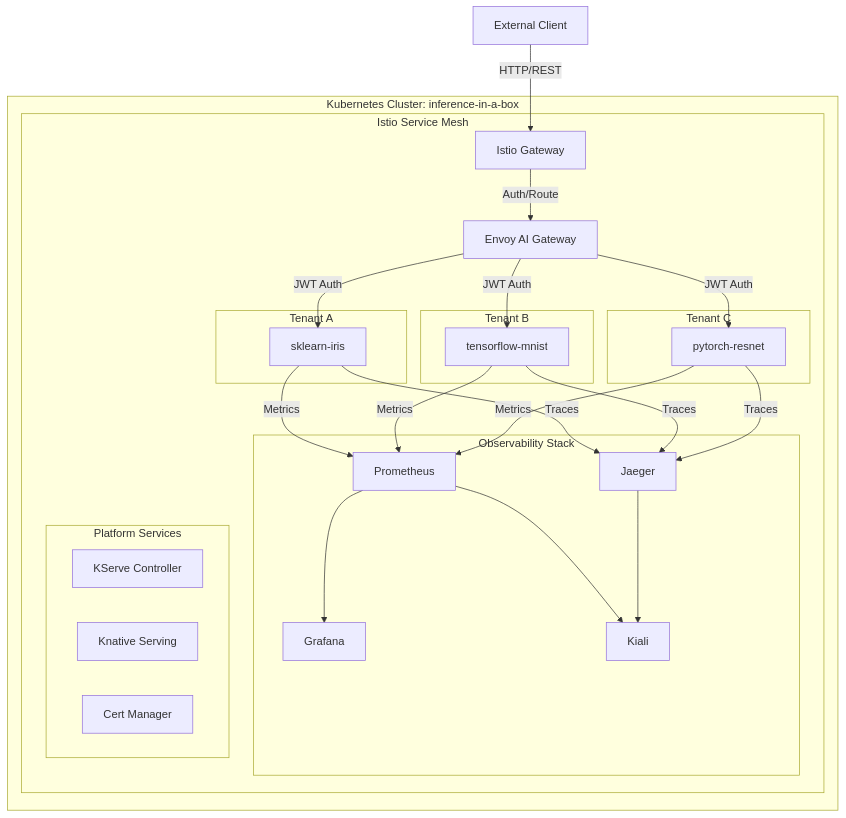
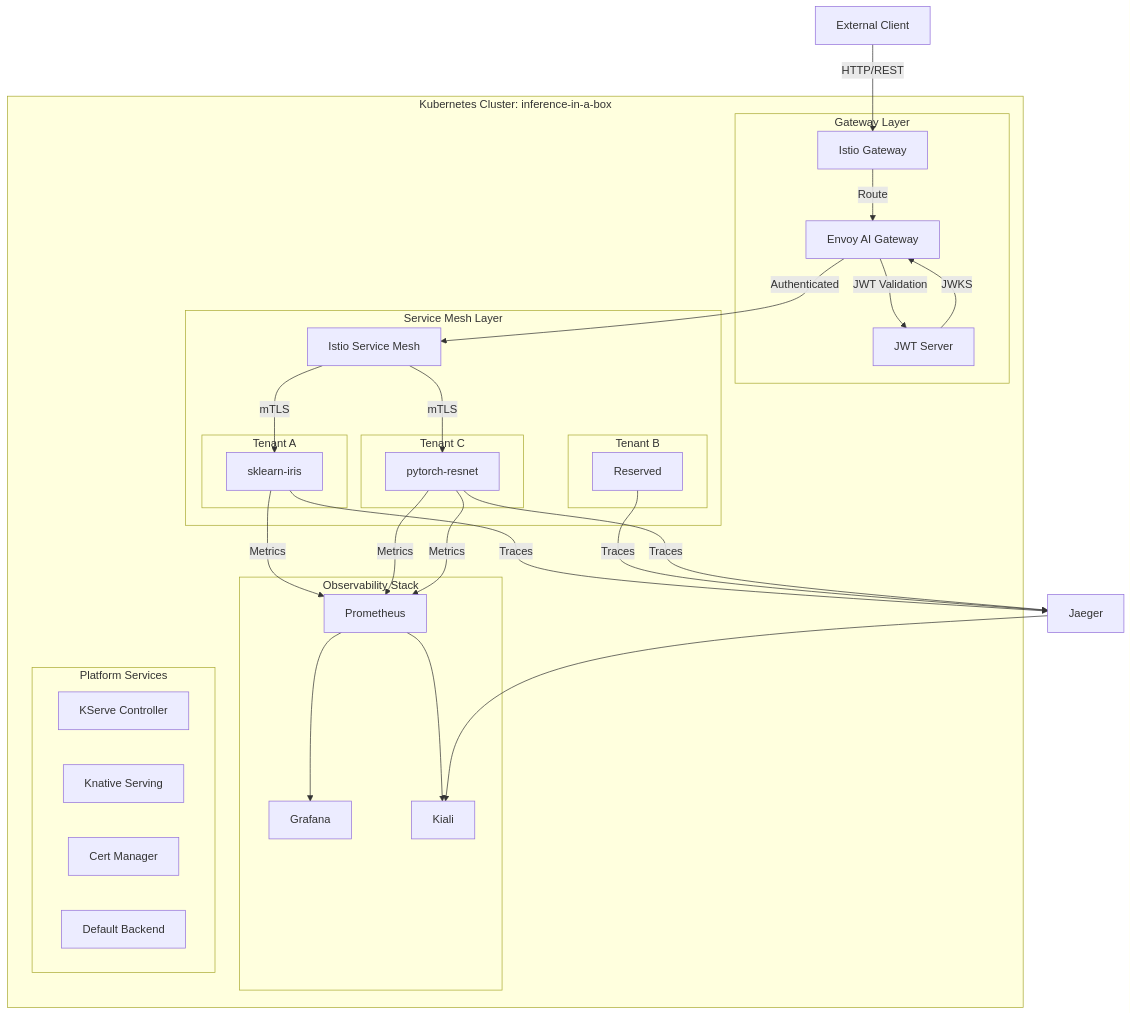
One commit to smarunich/inference-in-a-box changed the first of 3 diagrams in docs/architecture.md. Above: the diagram before and after it, drawn with Mermaid. The commit also changed 7 other files, not shown here.

First line of the commit message:
Update docs for JWT server, AI Gateway, and architecture

````diff
--- a/docs/architecture.md
+++ b/docs/architecture.md
@@ -9,52 +9,59 @@
 ```mermaid
 graph TB
     subgraph "Kubernetes Cluster: inference-in-a-box"
-        subgraph "Istio Service Mesh"
+        subgraph "Gateway Layer"
             Gateway[Istio Gateway]
             EnvoyAI[Envoy AI Gateway]
+            JWTServer[JWT Server]
+        end
+        
+        subgraph "Service Mesh Layer"
+            Istiod[Istio Service Mesh]
             
             subgraph "Tenant A"
                 ModelA[sklearn-iris]
             end
             
-            subgraph "Tenant B"
-                ModelB[tensorflow-mnist]
+            subgraph "Tenant B" 
+                ModelB[Reserved]
             end
             
             subgraph "Tenant C"
                 ModelC[pytorch-resnet]
             end
-            
-            subgraph "Observability Stack"
-                Prometheus
-                Grafana
-                Jaeger
-                Kiali
-            end
-            
-            subgraph "Platform Services"
-                KServe[KServe Controller]
-                Knative[Knative Serving]
-                CertManager[Cert Manager]
-            end
+        end
+        
+        subgraph "Observability Stack"
+            Prometheus
+            Grafana
+            Kiali
+        end
+        
+        subgraph "Platform Services"
+            KServe[KServe Controller]
+            Knative[Knative Serving]
+            CertManager[Cert Manager]
+            DefaultBackend[Default Backend]
         end
     end
     
     Client[External Client] -->|HTTP/REST| Gateway
-    Gateway -->|Auth/Route| EnvoyAI
-    EnvoyAI -->|JWT Auth| ModelA
-    EnvoyAI -->|JWT Auth| ModelB
-    EnvoyAI -->|JWT Auth| ModelC
+    Gateway -->|Route| EnvoyAI
+    EnvoyAI -->|JWT Validation| JWTServer
+    JWTServer -->|JWKS| EnvoyAI
+    EnvoyAI -->|Authenticated| Istiod
+    Istiod -->|mTLS| ModelA
+    Istiod -->|mTLS| ModelC
     
     ModelA -->|Metrics| Prometheus
-    ModelB -->|Metrics| Prometheus
+    ModelC -->|Metrics| Prometheus
     ModelC -->|Metrics| Prometheus
     
     ModelA -->|Traces| Jaeger
     ModelB -->|Traces| Jaeger
     ModelC -->|Traces| Jaeger
     
     Prometheus --> Grafana
     Prometheus --> Kiali
     Jaeger --> Kiali
 ```
````
